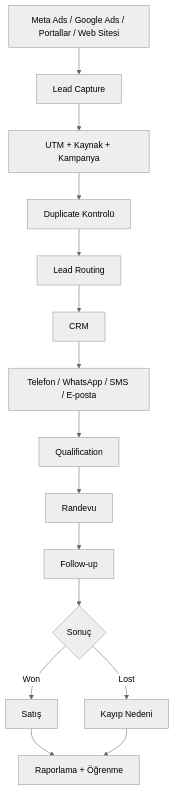
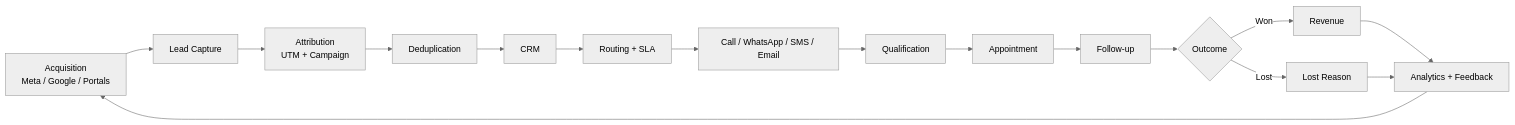
Before and after one commit to korayyalcinorg/korayyalcinorg: the diagram in README.md, drawn with Mermaid (neutral theme). The commit also changed other lines of this file, not shown here.

````diff
--- a/README.md
+++ b/README.md
@@ -59,17 +197,18 @@
 ```mermaid
-flowchart TD
-    A[Meta Ads / Google Ads / Portallar / Web Sitesi] --> B[Lead Capture]
-    B --> C[UTM + Kaynak + Kampanya]
-    C --> D[Duplicate Kontrolü]
-    D --> E[Lead Routing]
-    E --> F[CRM]
-    F --> G[Telefon / WhatsApp / SMS / E-posta]
+flowchart LR
+    A[Acquisition\nMeta / Google / Portals] --> B[Lead Capture]
+    B --> C[Attribution\nUTM + Campaign]
+    C --> D[Deduplication]
+    D --> E[CRM]
+    E --> F[Routing + SLA]
+    F --> G[Call / WhatsApp / SMS / Email]
     G --> H[Qualification]
-    H --> I[Randevu]
+    H --> I[Appointment]
     I --> J[Follow-up]
-    J --> K{Sonuç}
-    K -->|Won| L[Satış]
-    K -->|Lost| M[Kayıp Nedeni]
-    L --> N[Raporlama + Öğrenme]
+    J --> K{Outcome}
+    K -->|Won| L[Revenue]
+    K -->|Lost| M[Lost Reason]
+    L --> N[Analytics + Feedback]
     M --> N
+    N --> A
 ```
````
